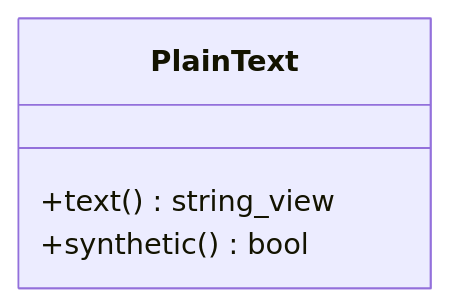
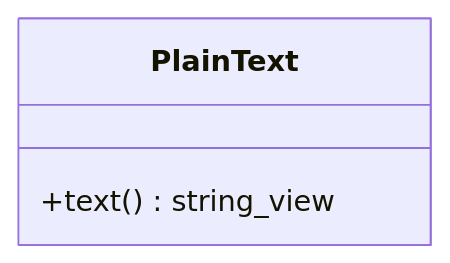
One commit to ufal/linpipe changed the diagram in docs/src/dev/segmentation_tokenization.md. Above: the diagram before and after it, drawn with Mermaid. The commit also changed other lines of this file, not shown here.

````diff
--- a/docs/src/dev/segmentation_tokenization.md
+++ b/docs/src/dev/segmentation_tokenization.md
@@ -13,7 +36,6 @@
 ``` mermaid
 classDiagram
   class PlainText {
     +text() string_view
-    +synthetic() bool
   }
 ```
````
